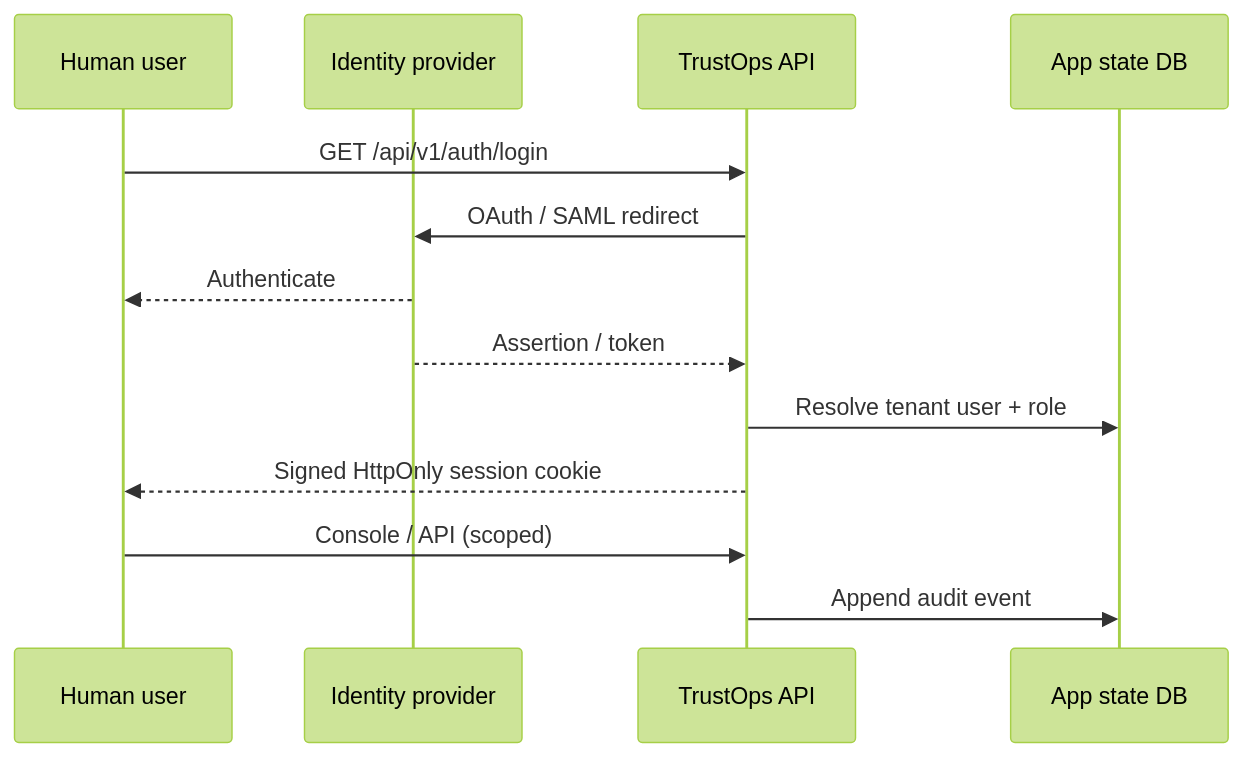
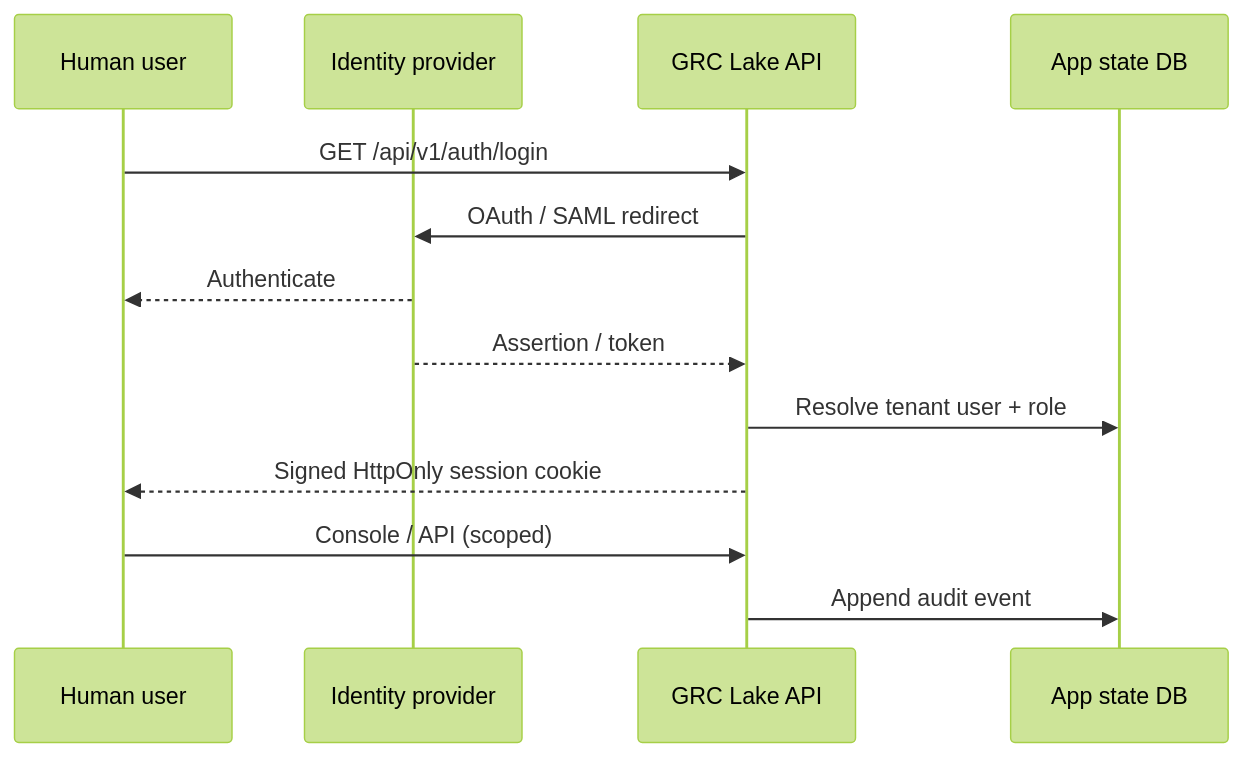
One commit to msaad00/grc-lake changed the second of 2 diagrams in docs/diagrams/auth-identity.md. Above: the diagram before and after it, drawn with Mermaid (forest theme). The commit also changed other lines of this file and 478 other files, not shown here.

Commit message:
feat: rebrand TrustOps as GRC Lake with upgrade aliases

````diff
--- a/docs/diagrams/auth-identity.md
+++ b/docs/diagrams/auth-identity.md
@@ -60,16 +60,16 @@
 ```mermaid
 sequenceDiagram
   participant User as Human user
   participant IdP as Identity provider
-  participant TO as TrustOps API
+  participant TO as GRC Lake API
   participant DB as App state DB
 
   User->>TO: GET /api/v1/auth/login
   TO->>IdP: OAuth / SAML redirect
   IdP-->>User: Authenticate
   IdP-->>TO: Assertion / token
   TO->>DB: Resolve tenant user + role
   TO-->>User: Signed HttpOnly session cookie
   User->>TO: Console / API (scoped)
   TO->>DB: Append audit event
 ```
````
